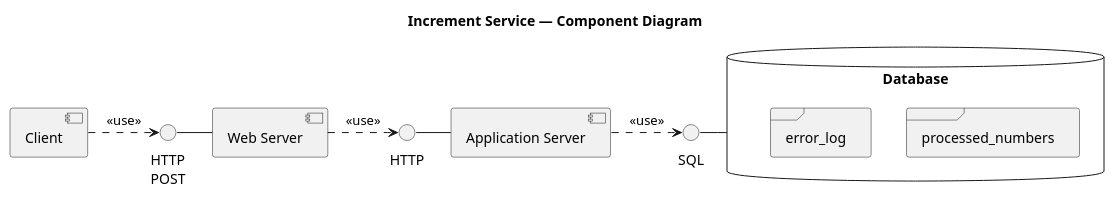
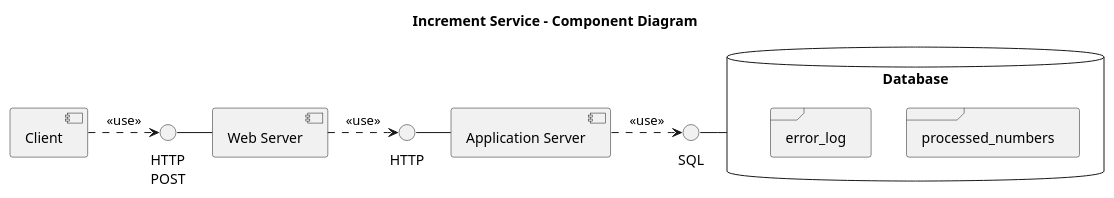
The diagram in component.puml (JustKeonix/hse-distributed-systems), drawn with PlantUML before and after one commit. The commit also changed 1 other file, not shown here.

```diff
--- a/component.puml
+++ b/component.puml
@@ -1,23 +1,23 @@
 @startuml component
-title Increment Service — Component Diagram
+title Increment Service - Component Diagram
 skinparam componentStyle uml2
 
 component "Client" as Client
 component "Web Server" as Web
 component "Application Server" as App
 database "Database" as DB {
   frame "processed_numbers" as T1
   frame "error_log" as T2
 }
 
 () "HTTP\nPOST" as IWeb
 () "HTTP" as IApp
 () "SQL" as IDb
 
 Client .> IWeb : <<use>>
 IWeb - Web
 Web .> IApp : <<use>>
 IApp - App
 App .> IDb : <<use>>
 IDb - DB
 @enduml
```
